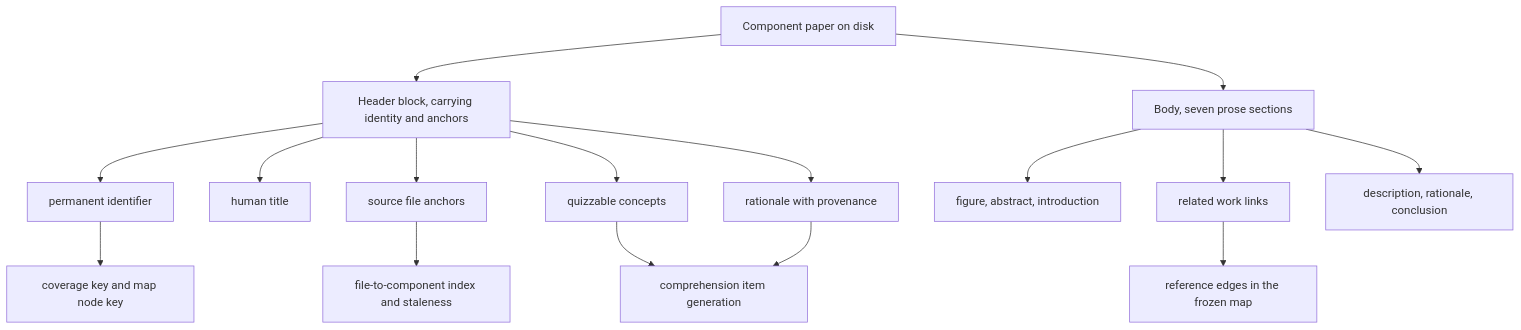
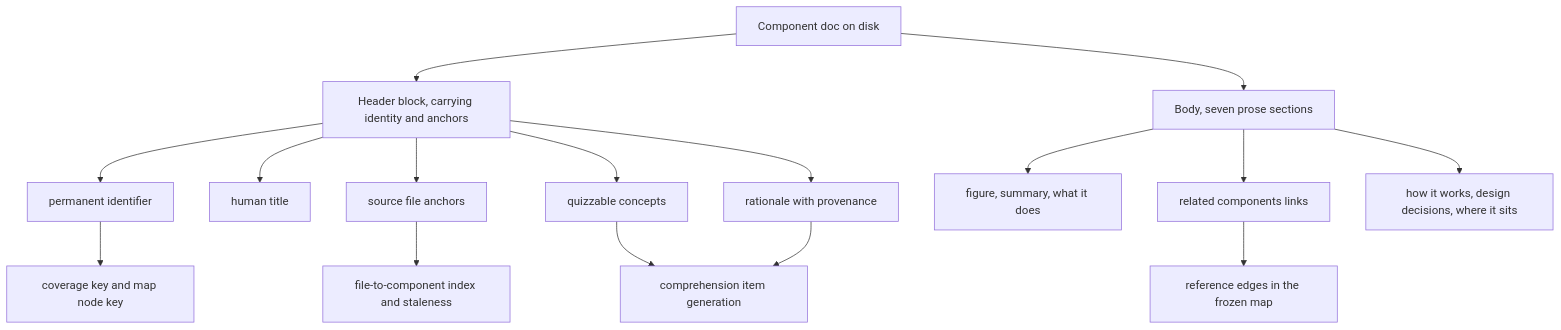
One commit to wooogler/scale changed the diagram in .scale/memory/paper-format/README.md. Above: the diagram before and after it, drawn with Mermaid. The commit also changed other lines of this file and 101 other files, not shown here.

````diff
--- a/.scale/memory/paper-format/README.md
+++ b/.scale/memory/paper-format/README.md
@@ -42,18 +43,18 @@
 ```mermaid
 flowchart TB
-    A["Component paper on disk"] --> B["Header block, carrying identity and anchors"]
+    A["Component doc on disk"] --> B["Header block, carrying identity and anchors"]
     A --> C["Body, seven prose sections"]
     B --> B1["permanent identifier"]
     B --> B2["human title"]
     B --> B3["source file anchors"]
     B --> B4["quizzable concepts"]
     B --> B5["rationale with provenance"]
-    C --> C1["figure, abstract, introduction"]
-    C --> C2["related work links"]
-    C --> C3["description, rationale, conclusion"]
+    C --> C1["figure, summary, what it does"]
+    C --> C2["related components links"]
+    C --> C3["how it works, design decisions, where it sits"]
     B1 --> D["coverage key and map node key"]
     B3 --> E["file-to-component index and staleness"]
     B4 --> F["comprehension item generation"]
     B5 --> F
     C2 --> G["reference edges in the frozen map"]
 ```
````
